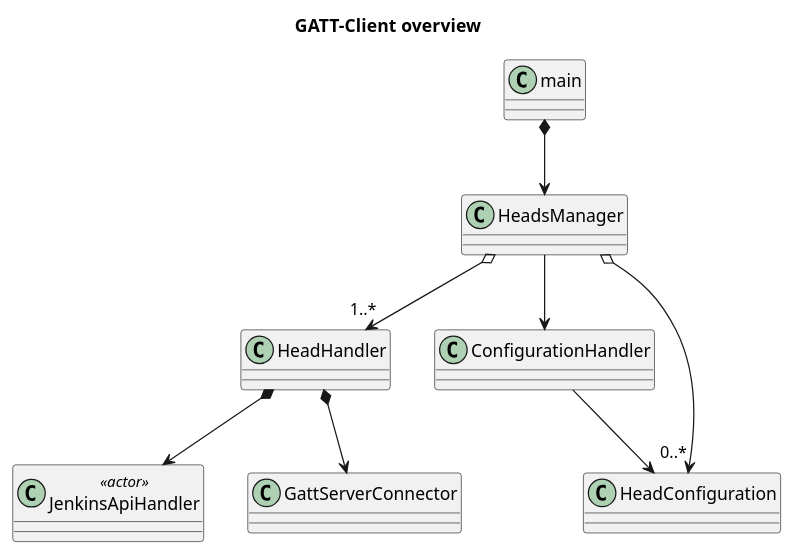
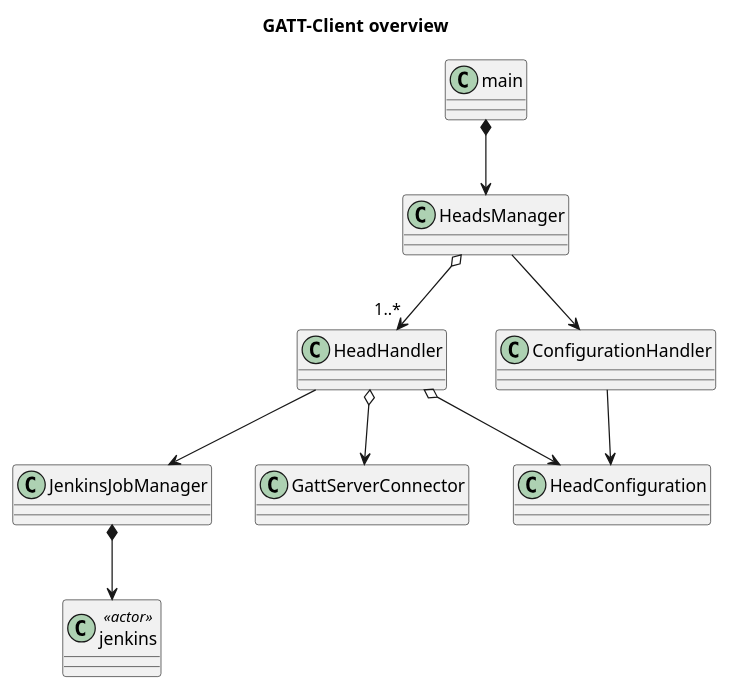
Before and after one commit to EugenWiens/jenkins-head: the diagram in BLE-GATT-Client/doc/diagrams/src/ClassDiagramOverview.wsd, drawn with PlantUML. The commit also changed 1 other file, not shown here.

```diff
--- a/BLE-GATT-Client/doc/diagrams/src/ClassDiagramOverview.wsd
+++ b/BLE-GATT-Client/doc/diagrams/src/ClassDiagramOverview.wsd
@@ -1,16 +1,17 @@
 @startuml "GATT-Client_overview"
 skinparam classAttributeIconSize 0
 title GATT-Client overview
 
-class JenkinsApiHandler <<actor>>
+class jenkins <<actor>>
 
-HeadHandler *--> JenkinsApiHandler
+HeadHandler --> JenkinsJobManager
+HeadHandler o--> HeadConfiguration
+HeadHandler o--> GattServerConnector
+JenkinsJobManager *--> jenkins
 HeadsManager o--> "1..*" HeadHandler
-HeadHandler *--> GattServerConnector
 
 main *--> HeadsManager
 HeadsManager --> ConfigurationHandler
-HeadsManager o--> "0..*" HeadConfiguration
 ConfigurationHandler --> HeadConfiguration
 
 @enduml
```
